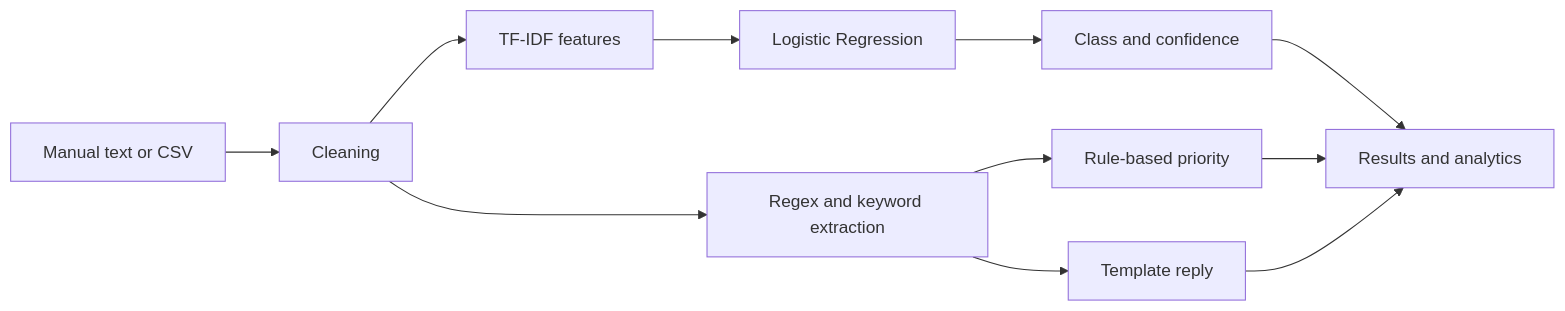
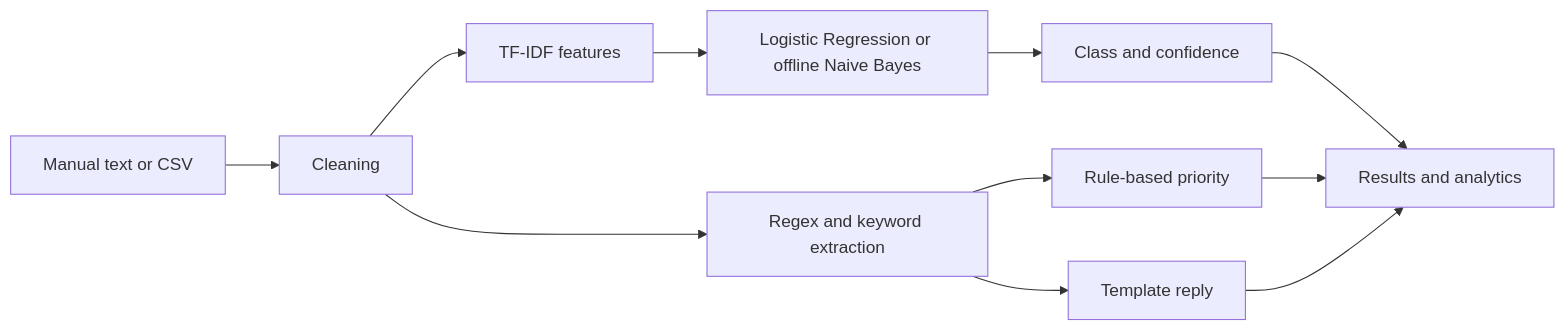
The diagram in README.md (DhananjayRaut204/Revio-Management-System), drawn with Mermaid before and after one commit. The commit also changed other lines of this file and 4 other files, not shown here.

````diff
--- a/README.md
+++ b/README.md
@@ -21,13 +21,13 @@
 ```mermaid
 flowchart LR
  A[Manual text or CSV] --> B[Cleaning]
  B --> C[TF-IDF features]
- C --> D[Logistic Regression]
+ C --> D[Logistic Regression or offline Naive Bayes]
  D --> E[Class and confidence]
  B --> F[Regex and keyword extraction]
  F --> G[Rule-based priority]
  E --> H[Results and analytics]
  G --> H
  F --> I[Template reply]
  I --> H
 ```
````
